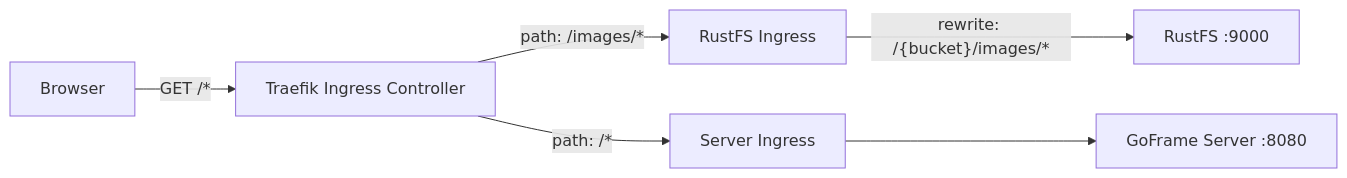
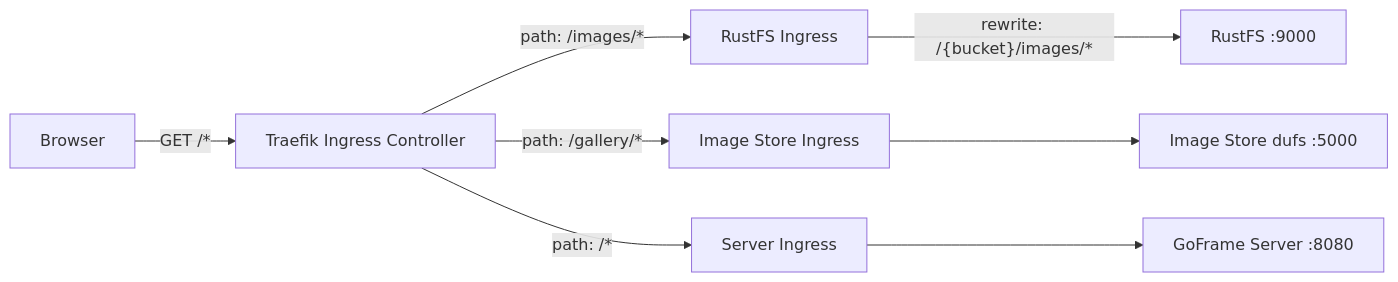
Before and after one commit to jo-hoe/goframe: the fourth of 6 diagrams in docs/architecture.md, drawn with Mermaid. The commit also changed other lines of this file and 3 other files, not shown here.

Commit message:
chore: bump chart versions to 13.6.0

````diff
--- a/docs/architecture.md
+++ b/docs/architecture.md
@@ -107,10 +107,12 @@
 ```mermaid
 graph LR
     Browser -->|"GET /*"| Traefik[Traefik Ingress Controller]
 
     Traefik -->|"path: /images/*"| RustFS_Ingress[RustFS Ingress]
+    Traefik -->|"path: /gallery/*"| ImageStore_Ingress[Image Store Ingress]
     Traefik -->|"path: /*"| Server_Ingress[Server Ingress]
 
     RustFS_Ingress -->|"rewrite: /{bucket}/images/*"| RustFS[RustFS :9000]
+    ImageStore_Ingress --> ImageStore[Image Store dufs :5000]
     Server_Ingress --> Server[GoFrame Server :8080]
 ```
````
